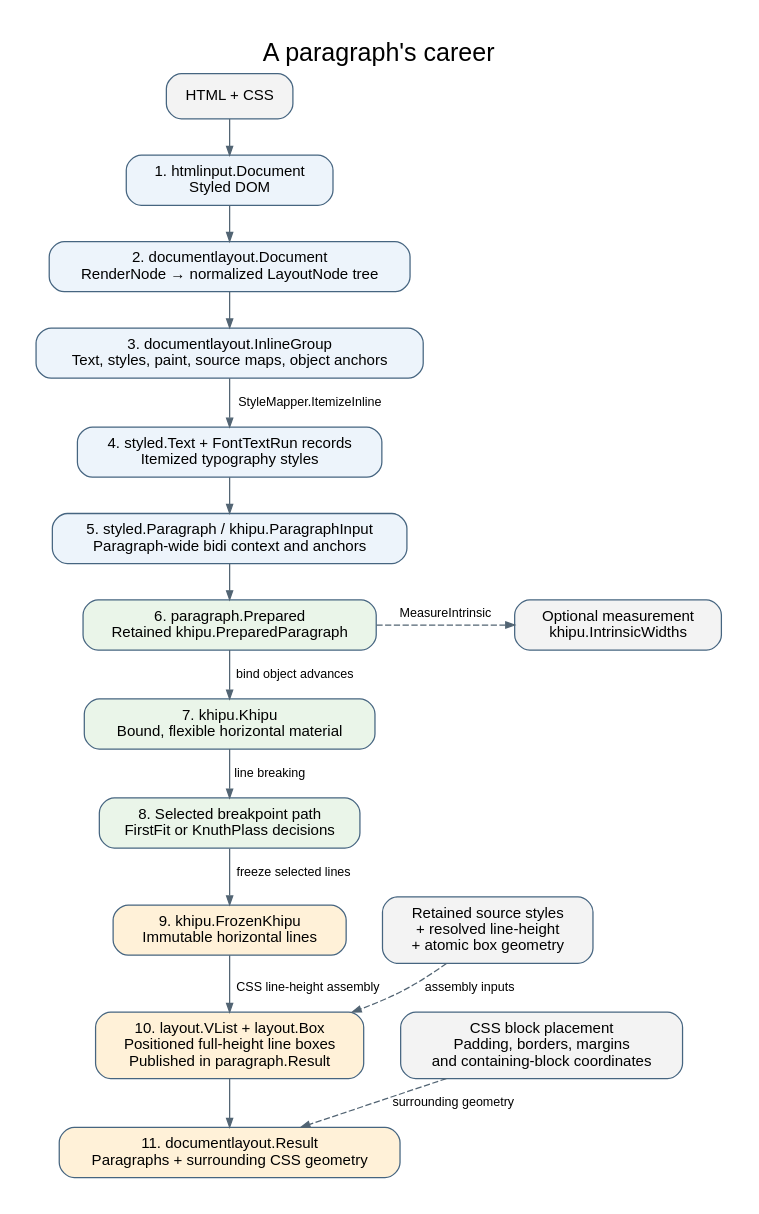
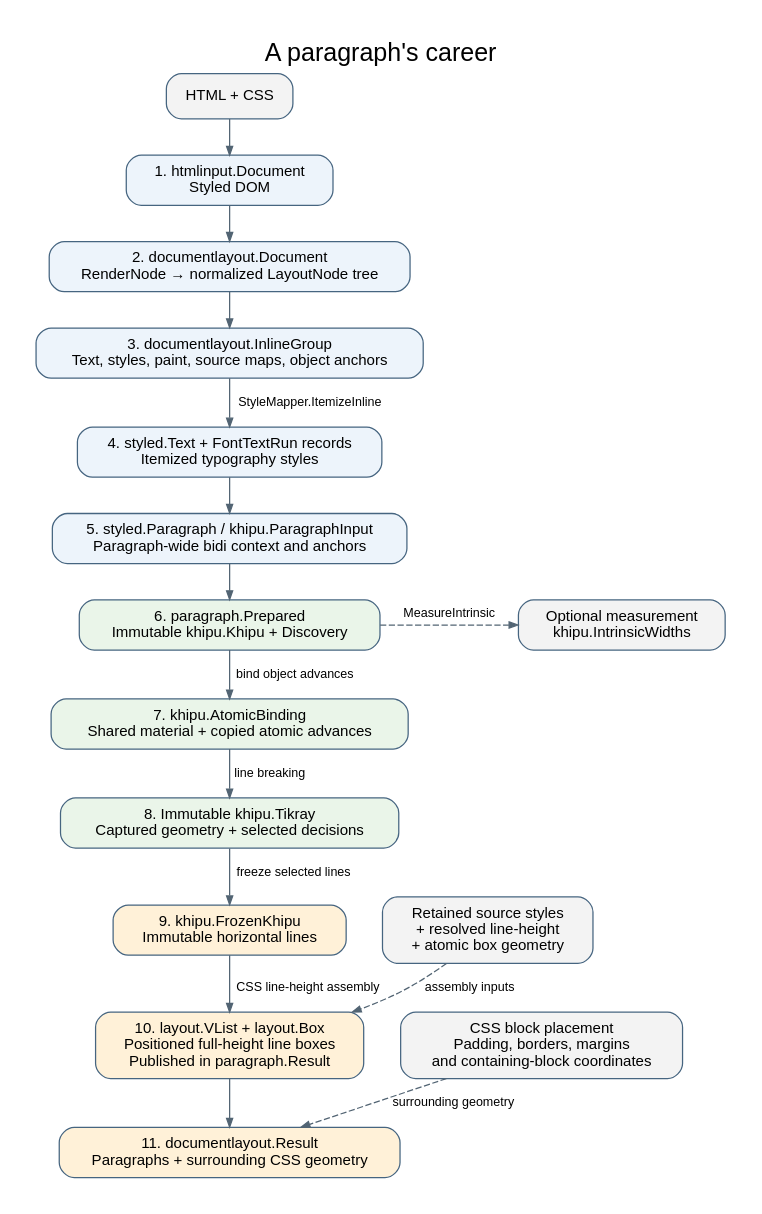
The diagram in doc/PARAGRAPH_CAREER.dot (npillmayer/typography), drawn with Graphviz before and after one commit. The commit also changed 19 other files, not shown here.

```diff
--- a/doc/PARAGRAPH_CAREER.dot
+++ b/doc/PARAGRAPH_CAREER.dot
@@ -1,40 +1,40 @@
 digraph ParagraphCareer {
   graph [rankdir=TB, bgcolor="white", pad=0.3, nodesep=0.4, ranksep=0.38,
          fontname="Helvetica", label="A paragraph's career", labelloc=t, fontsize=20];
   node [shape=box, style="rounded,filled", fontname="Helvetica", fontsize=12,
         fillcolor="#edf4fb", color="#466580", margin="0.18,0.10"];
   edge [fontname="Helvetica", fontsize=10, color="#526473", arrowsize=0.7];
 
   html [label="HTML + CSS", fillcolor="#f3f3f3"];
   dom [label="1. htmlinput.Document\nStyled DOM", group=main];
   tree [label="2. documentlayout.Document\nRenderNode → normalized LayoutNode tree", group=main];
   input [label="3. documentlayout.InlineGroup\nText, styles, paint, source maps, object anchors", group=main];
   text [label="4. styled.Text + FontTextRun records\nItemized typography styles", group=main];
   bidi [label="5. styled.Paragraph / khipu.ParagraphInput\nParagraph-wide bidi context and anchors", group=main];
-  prep [label="6. paragraph.Prepared\nRetained khipu.PreparedParagraph", group=main, fillcolor="#eaf5e9"];
-  bound [label="7. khipu.Khipu\nBound, flexible horizontal material", group=main, fillcolor="#eaf5e9"];
-  breaks [label="8. Selected breakpoint path\nFirstFit or KnuthPlass decisions", group=main, fillcolor="#eaf5e9"];
+  prep [label="6. paragraph.Prepared\nImmutable khipu.Khipu + Discovery", group=main, fillcolor="#eaf5e9"];
+  bound [label="7. khipu.AtomicBinding\nShared material + copied atomic advances", group=main, fillcolor="#eaf5e9"];
+  breaks [label="8. Immutable khipu.Tikray\nCaptured geometry + selected decisions", group=main, fillcolor="#eaf5e9"];
   frozen [label="9. khipu.FrozenKhipu\nImmutable horizontal lines", group=main, fillcolor="#fff1d8"];
   vlist [label="10. layout.VList + layout.Box\nPositioned full-height line boxes\nPublished in paragraph.Result", group=main, fillcolor="#fff1d8"];
   document [label="11. documentlayout.Result\nParagraphs + surrounding CSS geometry", group=main, fillcolor="#fff1d8"];
 
   measure [label="Optional measurement\nkhipu.IntrinsicWidths", fillcolor="#f3f3f3"];
   assembly [label="Retained source styles\n+ resolved line-height\n+ atomic box geometry", fillcolor="#f3f3f3"];
   css [label="CSS block placement\nPadding, borders, margins\nand containing-block coordinates", fillcolor="#f3f3f3"];
 
   html -> dom -> tree -> input;
   input -> text [label="StyleMapper.ItemizeInline"];
   text -> bidi -> prep;
   prep -> bound [label="bind object advances"];
   bound -> breaks [label="line breaking"];
   breaks -> frozen [label="freeze selected lines"];
   frozen -> vlist [label="CSS line-height assembly"];
   vlist -> document;
 
   prep -> measure [style=dashed, label="MeasureIntrinsic"];
   assembly -> vlist [style=dashed, label="assembly inputs"];
   css -> document [style=dashed, label="surrounding geometry"];
   { rank=same; prep; measure; }
   { rank=same; frozen; assembly; }
   { rank=same; vlist; css; }
 }
```
